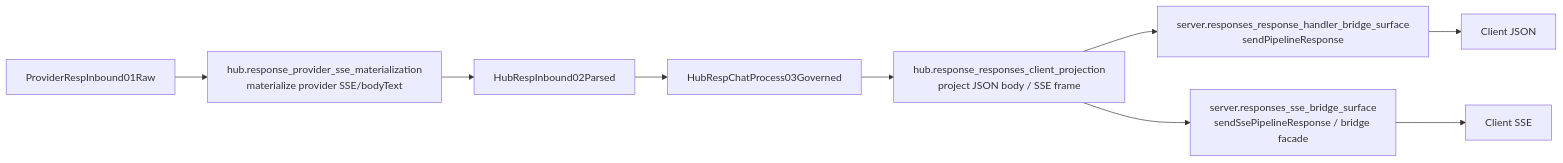
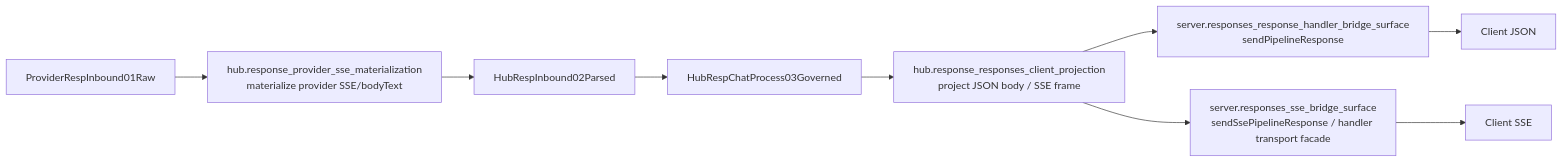
Before and after one commit to Jasonzhangf/routecodex: the diagram in docs/architecture/wiki/server-responses-sse-bridge-map.md, drawn with Mermaid. The commit also changed other lines of this file and 25 other files, not shown here.

Commit message:
refactor(sse): delete response SSE bridge facade

````diff
--- a/docs/architecture/wiki/server-responses-sse-bridge-map.md
+++ b/docs/architecture/wiki/server-responses-sse-bridge-map.md
@@ -34,11 +34,11 @@
 ```mermaid
 flowchart LR
   A["ProviderRespInbound01Raw"] --> B["hub.response_provider_sse_materialization<br/>materialize provider SSE/bodyText"]
   B --> C["HubRespInbound02Parsed"]
   C --> D["HubRespChatProcess03Governed"]
   D --> E["hub.response_responses_client_projection<br/>project JSON body / SSE frame"]
   E --> F["server.responses_response_handler_bridge_surface<br/>sendPipelineResponse"]
-  E --> G["server.responses_sse_bridge_surface<br/>sendSsePipelineResponse / bridge facade"]
+  E --> G["server.responses_sse_bridge_surface<br/>sendSsePipelineResponse / handler transport facade"]
   F --> H["Client JSON"]
   G --> I["Client SSE"]
 ```
````
